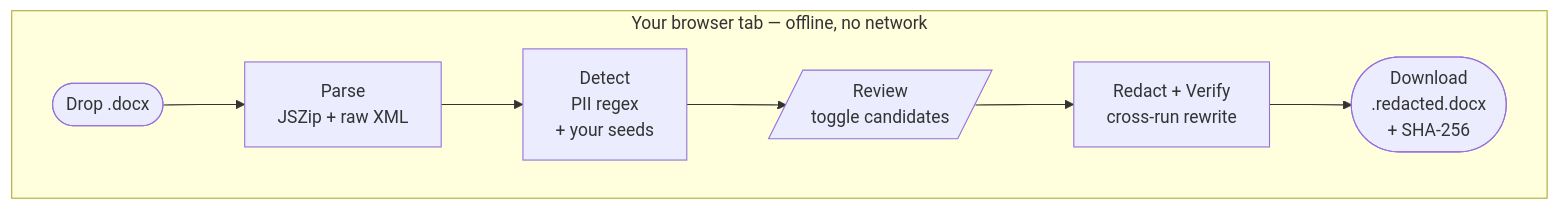
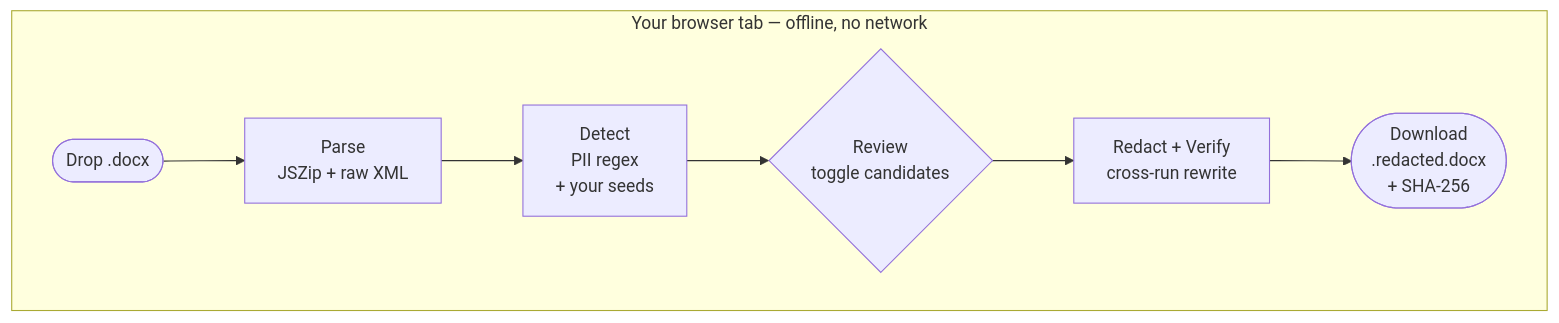
Before and after one commit to lowtidebuild/document-redactor: the diagram in README.md, drawn with Mermaid. The commit also changed other lines of this file and 2 other files, not shown here.

````diff
--- a/README.md
+++ b/README.md
@@ -57,11 +99,11 @@
 ```mermaid
 flowchart LR
     subgraph browser["Your browser tab &mdash; offline, no network"]
         direction LR
         A([Drop .docx]) --> B[Parse<br/>JSZip + raw XML]
         B --> C[Detect<br/>PII regex<br/>+ your seeds]
-        C --> D[/Review<br/>toggle candidates/]
+        C --> D{Review<br/>toggle candidates}
         D --> E[Redact + Verify<br/>cross-run rewrite]
         E --> F([Download<br/>.redacted.docx<br/>+ SHA-256])
     end
 ```
````
